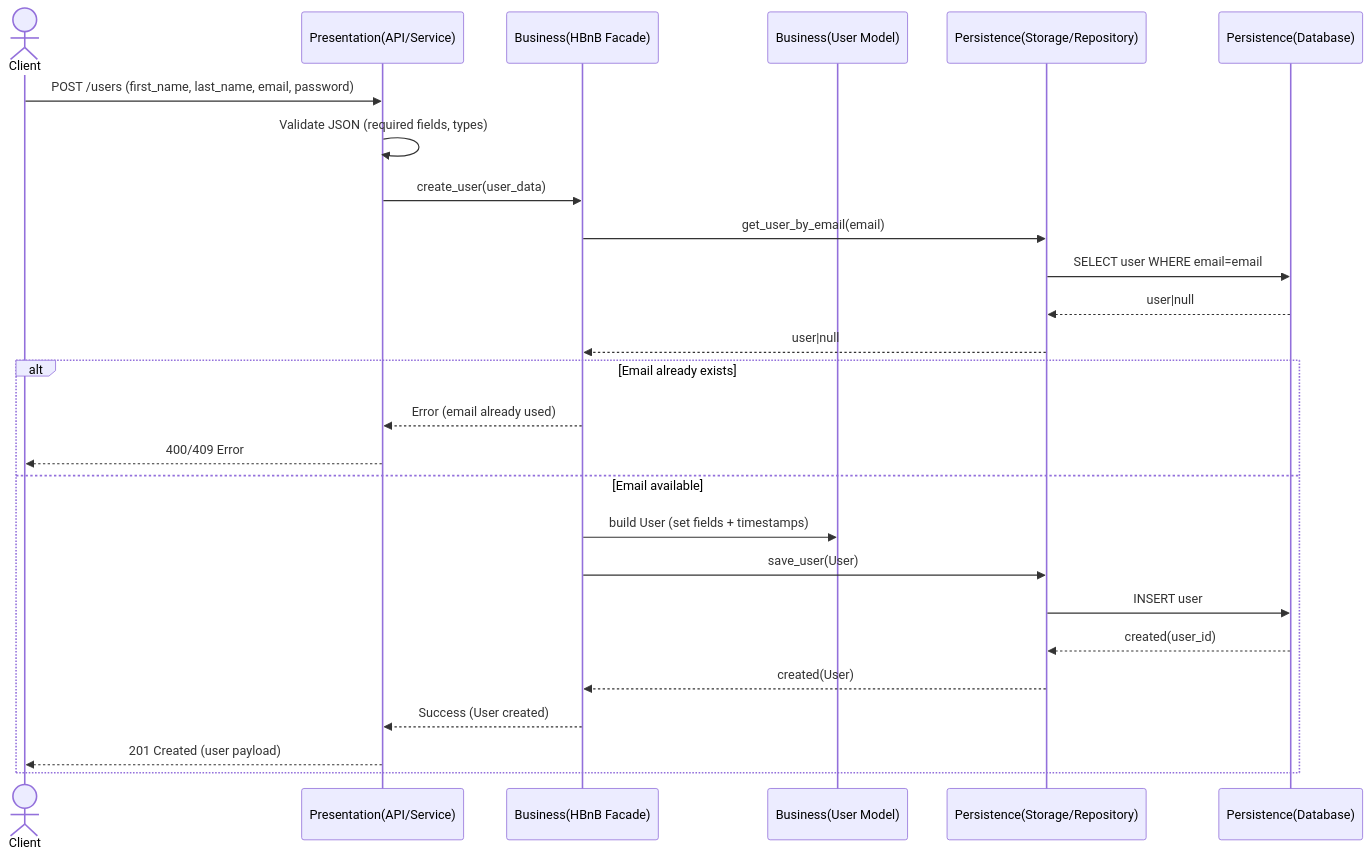
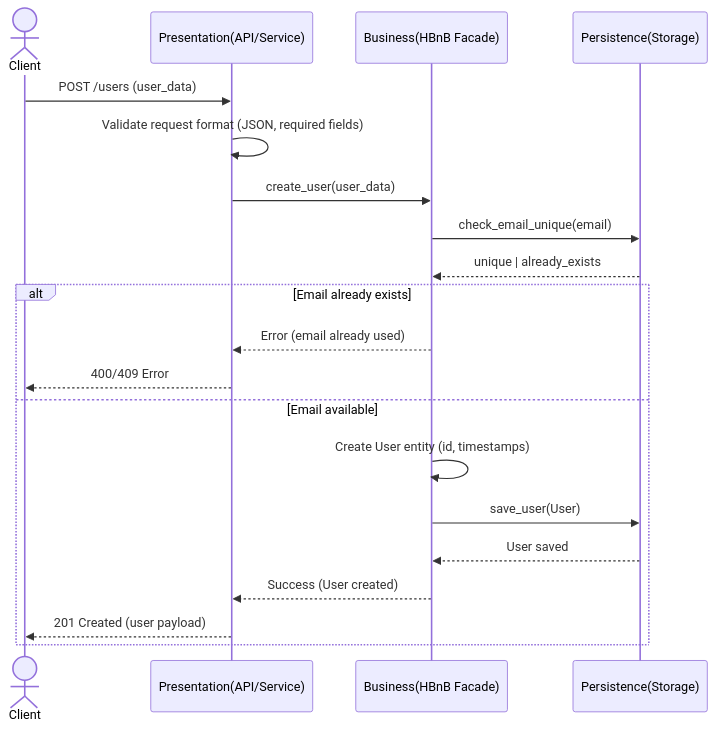
The first of 4 diagrams in part1/Diagrams_API_Calls.md (Hedygh/holbertonschool-hbnb), drawn with Mermaid before and after one commit. The commit also changed other lines of this file, not shown here.

Commit message:
Change 3 first diagrams code lenght to focus more on conception than implementation

````diff
--- a/part1/Diagrams_API_Calls.md
+++ b/part1/Diagrams_API_Calls.md
@@ -3,32 +3,25 @@
 ```mermaid
 sequenceDiagram
     actor Client
     participant API as Presentation(API/Service)
     participant Facade as Business(HBnB Facade)
-    participant UserModel as Business(User Model)
-    participant Store as Persistence(Storage/Repository)
-    participant DB as Persistence(Database)
+    participant Store as Persistence(Storage)
 
-    Client->>API: POST /users (first_name, last_name, email, password)
-    API->>API: Validate JSON (required fields, types)
+    Client->>API: POST /users (user_data)
+    API->>API: Validate request format (JSON, required fields)
     API->>Facade: create_user(user_data)
 
-    Facade->>Store: get_user_by_email(email)
-    Store->>DB: SELECT user WHERE email=email
-    DB-->>Store: user|null
-    Store-->>Facade: user|null
+    Facade->>Store: check_email_unique(email)
+    Store-->>Facade: unique | already_exists
 
     alt Email already exists
         Facade-->>API: Error (email already used)
         API-->>Client: 400/409 Error
     else Email available
-        Facade->>UserModel: build User (set fields + timestamps)
+        Facade->>Facade: Create User entity (id, timestamps)
         Facade->>Store: save_user(User)
-        Store->>DB: INSERT user
-        DB-->>Store: created(user_id)
-        Store-->>Facade: created(User)
-
+        Store-->>Facade: User saved
         Facade-->>API: Success (User created)
         API-->>Client: 201 Created (user payload)
     end
 ```
````
